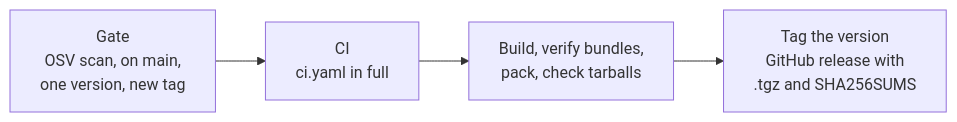
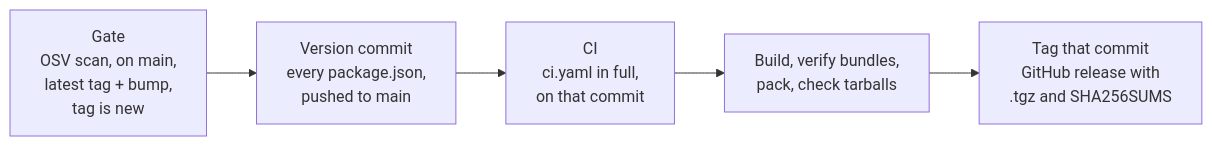
One commit to DiegoBulhoes/freelens-addons changed the diagram in docs/distribution.md. Above: the diagram before and after it, drawn with Mermaid. The commit also changed other lines of this file and 7 other files, not shown here.

````diff
--- a/docs/distribution.md
+++ b/docs/distribution.md
@@ -101,6 +110,7 @@
 ```mermaid
 flowchart LR
-  G["Gate<br/>OSV scan, on main,<br/>one version, new tag"] --> C["CI<br/>ci.yaml in full"]
+  G["Gate<br/>OSV scan, on main,<br/>latest tag + bump,<br/>tag is new"] --> V["Version commit<br/>every package.json,<br/>pushed to main"]
+  V --> C["CI<br/>ci.yaml in full,<br/>on that commit"]
   C --> R["Build, verify bundles,<br/>pack, check tarballs"]
-  R --> T["Tag the version<br/>GitHub release with<br/>.tgz and SHA256SUMS"]
+  R --> T["Tag that commit<br/>GitHub release with<br/>.tgz and SHA256SUMS"]
 ```
````
